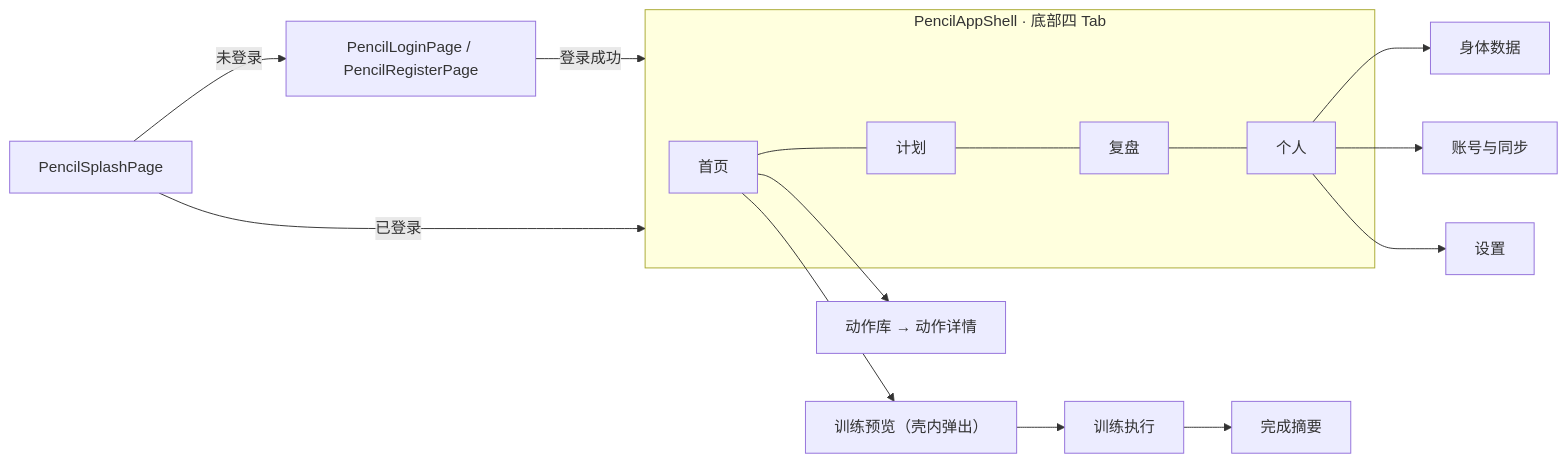
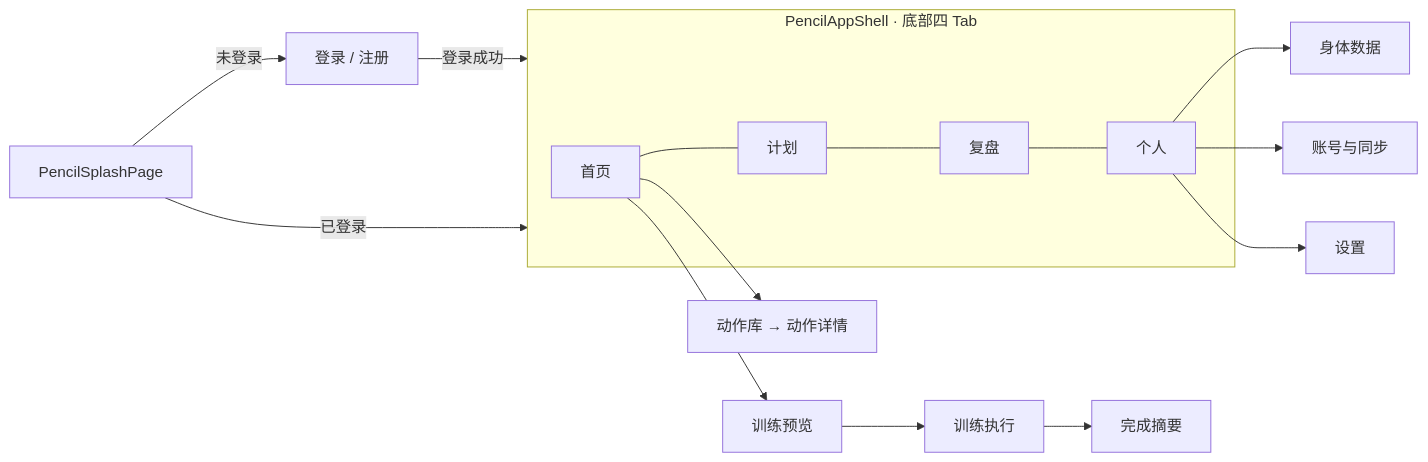
One commit to EarthxxRhythm/FitTracker changed the diagram in README.md. Above: the diagram before and after it, drawn with Mermaid. The commit also changed other lines of this file and 8 other files, not shown here.

First line of the commit message:
docs(readme): 重写为双端对外说明，补截图墙与三条快速开始路径

````diff
--- a/README.md
+++ b/README.md
@@ -107,14 +126,14 @@
 ```mermaid
 flowchart LR
-  S[PencilSplashPage] -- 未登录 --> L[PencilLoginPage / PencilRegisterPage]
+  S[PencilSplashPage] -- 未登录 --> L[登录 / 注册]
   L -- 登录成功 --> Shell
   S -- 已登录 --> Shell
   subgraph Shell[PencilAppShell · 底部四 Tab]
     Home[首页] --- Plan[计划] --- Review[复盘] --- Profile[个人]
   end
-  Home --> P[训练预览（壳内弹出）] --> A[训练执行] --> C[完成摘要]
+  Home --> P[训练预览] --> A[训练执行] --> C[完成摘要]
   Home --> Lib[动作库 → 动作详情]
   Profile --> Body[身体数据]
   Profile --> Acc[账号与同步]
   Profile --> Set[设置]
 ```
````
